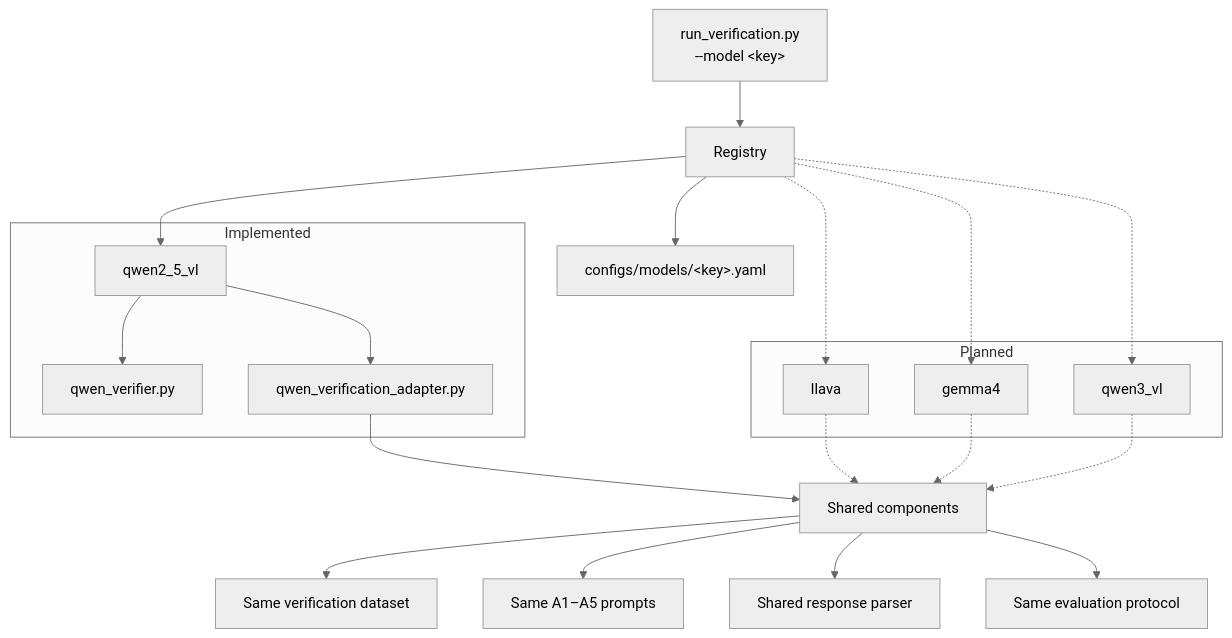
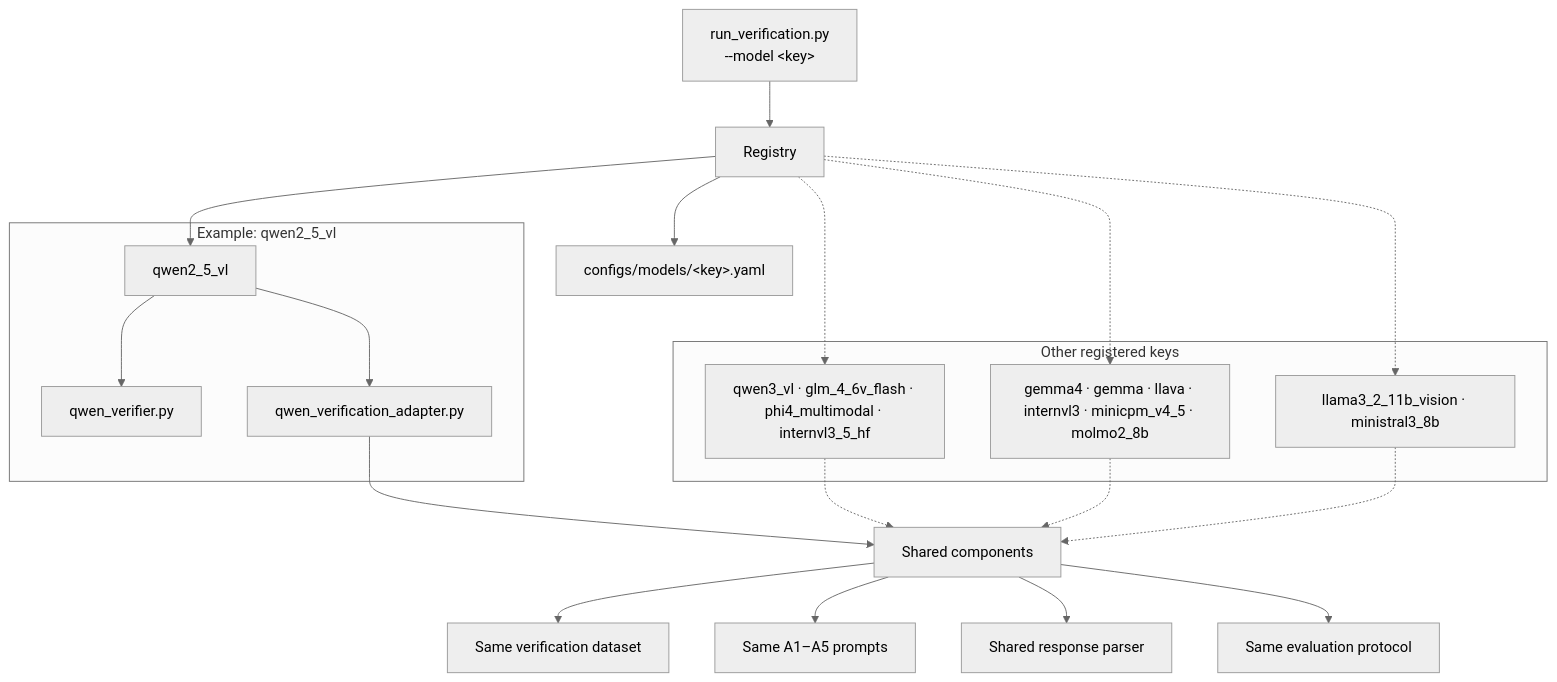
The fifth of 13 diagrams in docs/ARCHITECTURE.md (AnnieZX/wild-palm-lvm-verification), drawn with Mermaid (neutral theme) before and after one commit. The commit also changed other lines of this file and 68 other files, not shown here.

````diff
--- a/docs/ARCHITECTURE.md
+++ b/docs/ARCHITECTURE.md
@@ -180,42 +182,42 @@
 ```mermaid
 graph TD
     CLI[run_verification.py<br/>--model &lt;key&gt;]
     REG[Registry]
     CFG[configs/models/&lt;key&gt;.yaml]
 
-    subgraph implemented [Implemented]
+    subgraph implemented [Example: qwen2_5_vl]
         QW[qwen2_5_vl]
         QV[qwen_verifier.py]
         QA[qwen_verification_adapter.py]
     end
 
-    subgraph planned [Planned]
-        LV[llava]
-        GM[gemma4]
-        Q3[qwen3_vl]
+    subgraph others [Other registered keys]
+        LV[qwen3_vl · glm_4_6v_flash · phi4_multimodal · internvl3_5_hf]
+        GM[gemma4 · gemma · llava · internvl3 · minicpm_v4_5 · molmo2_8b]
+        Q3[llama3_2_11b_vision · ministral3_8b]
     end
 
     SHARED[Shared components]
     DS[Same verification dataset]
     PR[Same A1–A5 prompts]
     PA[Shared response parser]
     EV[Same evaluation protocol]
 
     CLI --> REG
     REG --> CFG
     REG --> QW
     QW --> QV
     QW --> QA
     REG -.-> LV
     REG -.-> GM
     REG -.-> Q3
 
     QA --> SHARED
     LV -.-> SHARED
     GM -.-> SHARED
     Q3 -.-> SHARED
     SHARED --> DS
     SHARED --> PR
     SHARED --> PA
     SHARED --> EV
 ```
````
